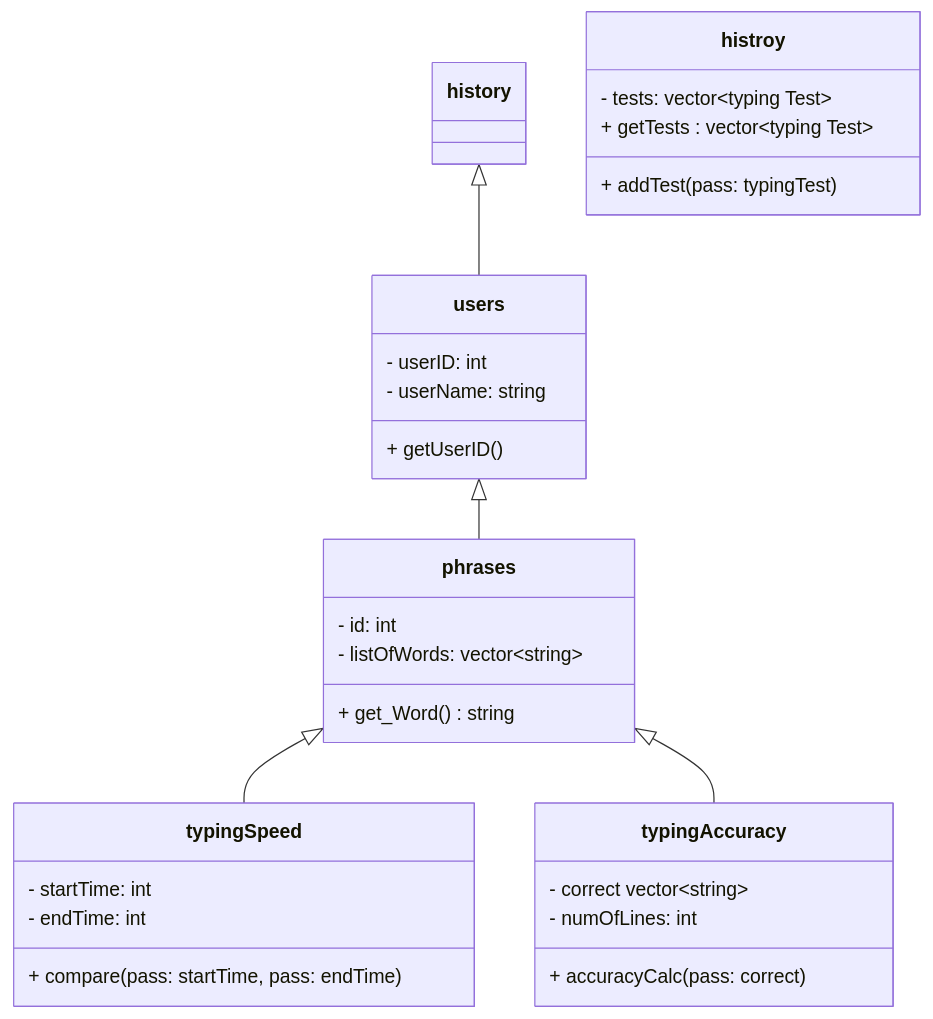
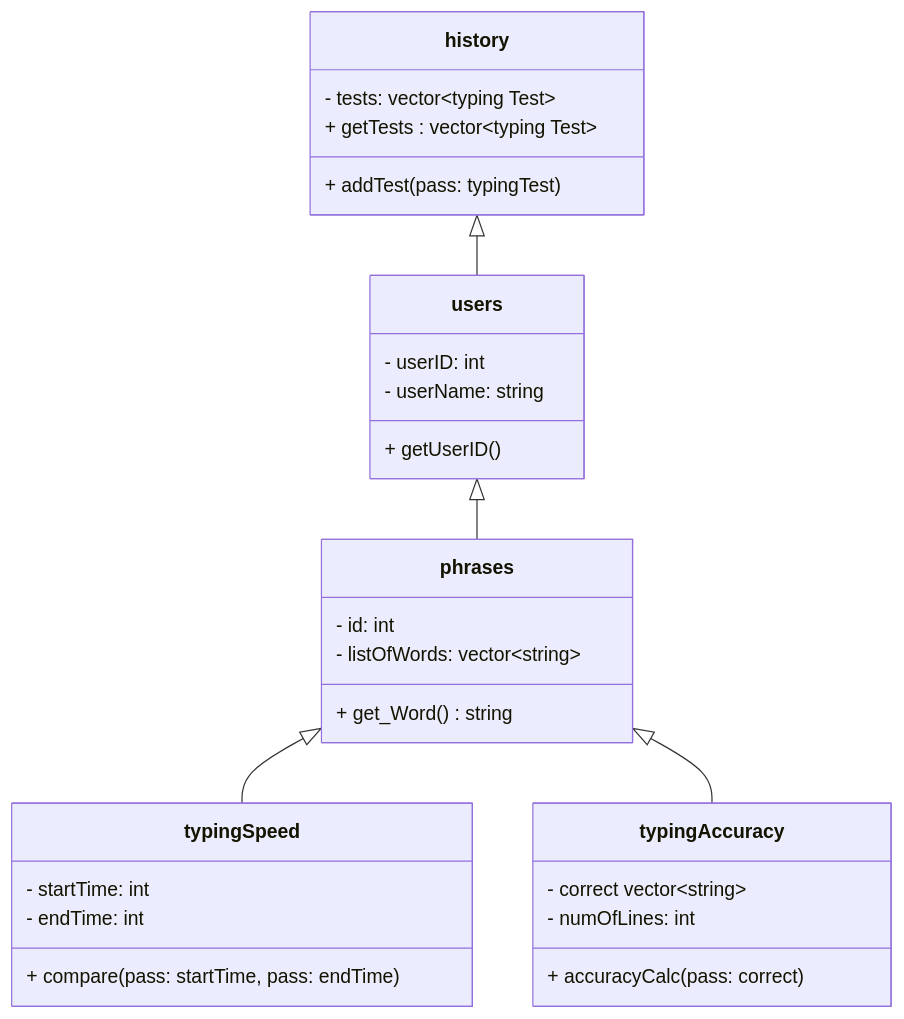
One commit to oerivas-star/tippitytappity-design changed the diagram in README.md. Above: the diagram before and after it, drawn with Mermaid.

````diff
--- a/README.md
+++ b/README.md
@@ -8,32 +8,32 @@
 ```mermaid
 classDiagram
   phrases <|-- typingSpeed
   phrases <|-- typingAccuracy
   users <|-- phrases
   history <|-- users
   class phrases{
         - id: int
         - listOfWords: vector~string~
         + get_Word() string
   }
   class typingSpeed{
         - startTime: int
         - endTime: int
         + compare(pass: startTime, pass: endTime)
   }
   class typingAccuracy{
         - correct vector~string~
         - numOfLines: int
         + accuracyCalc( pass: correct )
   }
   class users{
         - userID: int
         - userName: string
         + getUserID()
   }
-  class histroy{
+  class history{
         - tests: vector~typing Test~
         + addTest(pass: typingTest)
         + getTests : vector~typing Test~
   }
 ```
````
